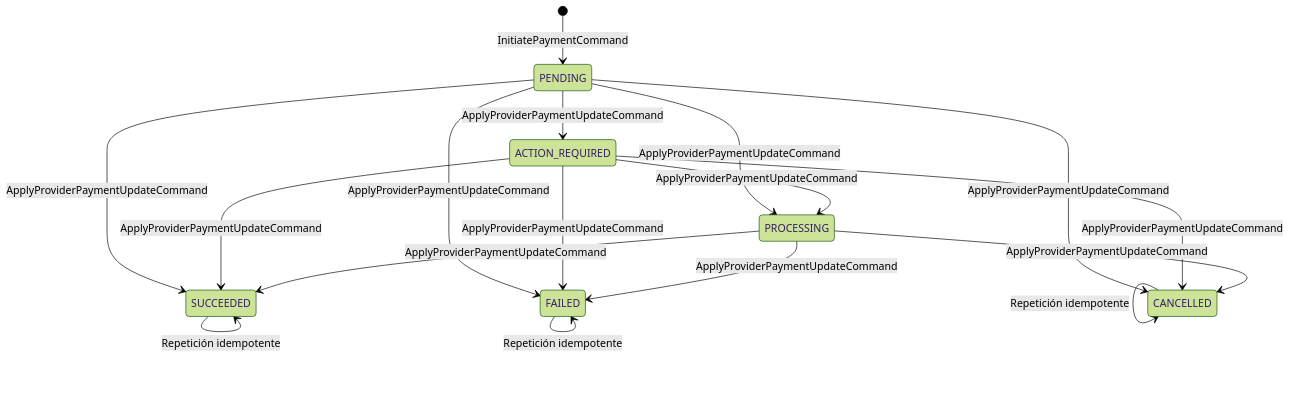
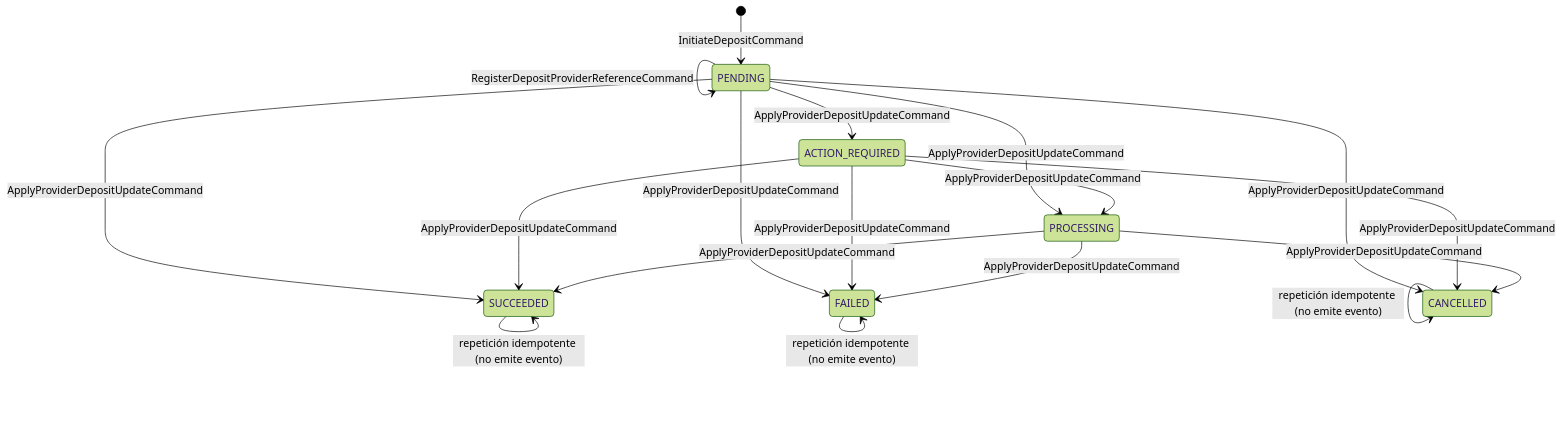
Before and after one commit to liquilabshq/vankoo-finance-service: the diagram in docs/contracts/finance-contracts.md, drawn with Mermaid (forest theme). The commit also changed other lines of this file and 7 other files, not shown here.

````diff
--- a/docs/contracts/finance-contracts.md
+++ b/docs/contracts/finance-contracts.md
@@ -87,19 +161,20 @@
 ```mermaid
 stateDiagram-v2
-    [*] --> PENDING: InitiatePaymentCommand
-    PENDING --> ACTION_REQUIRED: ApplyProviderPaymentUpdateCommand
-    PENDING --> PROCESSING: ApplyProviderPaymentUpdateCommand
-    PENDING --> SUCCEEDED: ApplyProviderPaymentUpdateCommand
-    PENDING --> FAILED: ApplyProviderPaymentUpdateCommand
-    PENDING --> CANCELLED: ApplyProviderPaymentUpdateCommand
-    ACTION_REQUIRED --> PROCESSING: ApplyProviderPaymentUpdateCommand
-    ACTION_REQUIRED --> SUCCEEDED: ApplyProviderPaymentUpdateCommand
-    ACTION_REQUIRED --> FAILED: ApplyProviderPaymentUpdateCommand
-    ACTION_REQUIRED --> CANCELLED: ApplyProviderPaymentUpdateCommand
-    PROCESSING --> SUCCEEDED: ApplyProviderPaymentUpdateCommand
-    PROCESSING --> FAILED: ApplyProviderPaymentUpdateCommand
-    PROCESSING --> CANCELLED: ApplyProviderPaymentUpdateCommand
-    SUCCEEDED --> SUCCEEDED: Repetición idempotente
-    FAILED --> FAILED: Repetición idempotente
-    CANCELLED --> CANCELLED: Repetición idempotente
+    [*] --> PENDING: InitiateDepositCommand
+    PENDING --> PENDING: RegisterDepositProviderReferenceCommand
+    PENDING --> ACTION_REQUIRED: ApplyProviderDepositUpdateCommand
+    PENDING --> PROCESSING: ApplyProviderDepositUpdateCommand
+    PENDING --> SUCCEEDED: ApplyProviderDepositUpdateCommand
+    PENDING --> FAILED: ApplyProviderDepositUpdateCommand
+    PENDING --> CANCELLED: ApplyProviderDepositUpdateCommand
+    ACTION_REQUIRED --> PROCESSING: ApplyProviderDepositUpdateCommand
+    ACTION_REQUIRED --> SUCCEEDED: ApplyProviderDepositUpdateCommand
+    ACTION_REQUIRED --> FAILED: ApplyProviderDepositUpdateCommand
+    ACTION_REQUIRED --> CANCELLED: ApplyProviderDepositUpdateCommand
+    PROCESSING --> SUCCEEDED: ApplyProviderDepositUpdateCommand
+    PROCESSING --> FAILED: ApplyProviderDepositUpdateCommand
+    PROCESSING --> CANCELLED: ApplyProviderDepositUpdateCommand
+    SUCCEEDED --> SUCCEEDED: repetición idempotente (no emite evento)
+    FAILED --> FAILED: repetición idempotente (no emite evento)
+    CANCELLED --> CANCELLED: repetición idempotente (no emite evento)
 ```
````
